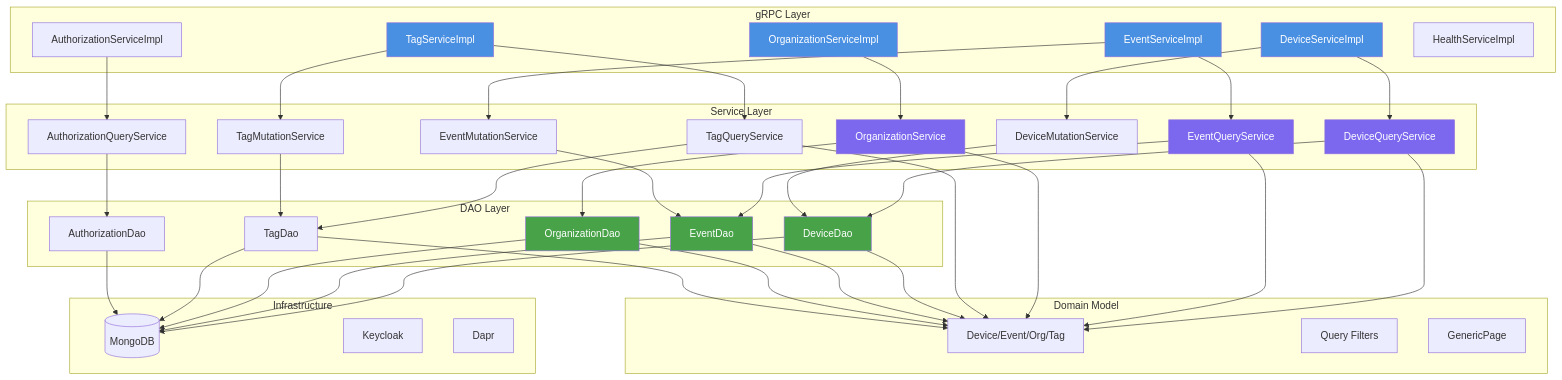
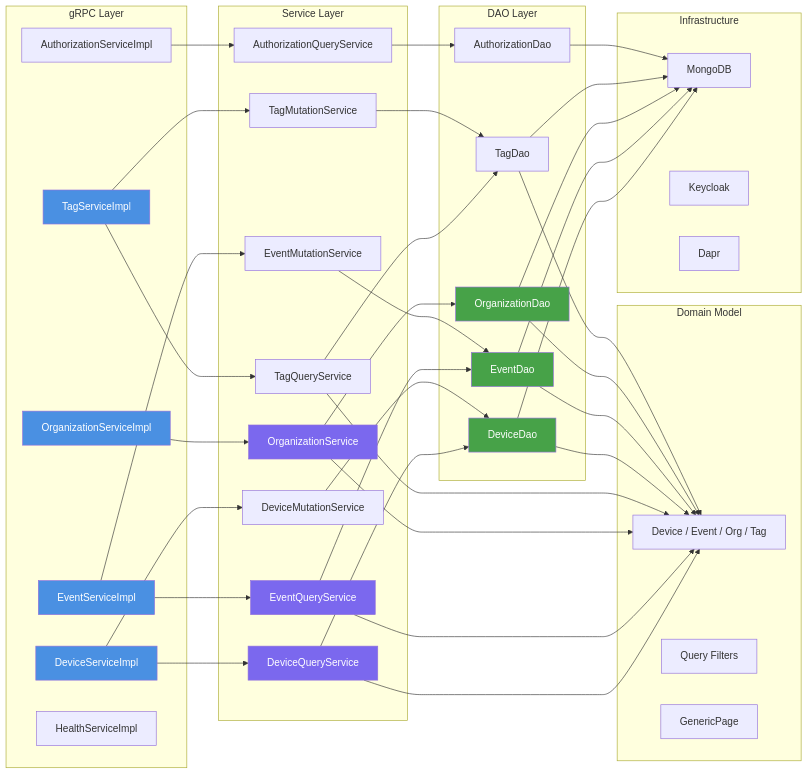
Before and after one commit to sbhrwl/microservices: the first of 5 diagrams in app/refine/Architecture.md, drawn with Mermaid. The commit also changed other lines of this file, not shown here.

````diff
--- a/app/refine/Architecture.md
+++ b/app/refine/Architecture.md
@@ -11,40 +11,45 @@
 ```mermaid
-flowchart TB
+flowchart LR
     subgraph "gRPC Layer"
-        DS[DeviceServiceImpl]
-        ES[EventServiceImpl]
-        OS[OrganizationServiceImpl]
-        TS[TagServiceImpl]
-        AS[AuthorizationServiceImpl]
-        HS[HealthServiceImpl]
+        DS["DeviceServiceImpl"]
+        ES["EventServiceImpl"]
+        OS["OrganizationServiceImpl"]
+        TS["TagServiceImpl"]
+        AS["AuthorizationServiceImpl"]
+        HS["HealthServiceImpl"]
     end
+
     subgraph "Service Layer"
-        DQS[DeviceQueryService]
-        DMS[DeviceMutationService]
-        EQS[EventQueryService]
-        EMS[EventMutationService]
-        OSV[OrganizationService]
-        TQS[TagQueryService]
-        TMS[TagMutationService]
-        AQS[AuthorizationQueryService]
+        DQS["DeviceQueryService"]
+        DMS["DeviceMutationService"]
+        EQS["EventQueryService"]
+        EMS["EventMutationService"]
+        OSV["OrganizationService"]
+        TQS["TagQueryService"]
+        TMS["TagMutationService"]
+        AQS["AuthorizationQueryService"]
     end
+
     subgraph "DAO Layer"
-        DD[DeviceDao]
-        ED[EventDao]
-        OD[OrganizationDao]
-        TD[TagDao]
-        AD[AuthorizationDao]
+        DD["DeviceDao"]
+        ED["EventDao"]
+        OD["OrganizationDao"]
+        TD["TagDao"]
+        AD["AuthorizationDao"]
     end
+
     subgraph "Domain Model"
-        DM[Device/Event/Org/Tag]
-        QF[Query Filters]
-        PG[GenericPage]
+        DM["Device / Event / Org / Tag"]
+        QF["Query Filters"]
+        PG["GenericPage"]
     end
+
     subgraph "Infrastructure"
-        MC[(MongoDB)]
-        KC[Keycloak]
-        DAPR[Dapr]
+        MC["MongoDB"]
+        KC["Keycloak"]
+        DAPR["Dapr"]
     end
+
     DS --> DQS
     DS --> DMS
     ES --> EQS
@@ -53,6 +58,7 @@
     TS --> TQS
     TS --> TMS
     AS --> AQS
+
     DQS --> DD
     DMS --> DD
     EQS --> ED
@@ -61,26 +67,32 @@
     TQS --> TD
     TMS --> TD
     AQS --> AD
+
     DD --> MC
     ED --> MC
     OD --> MC
     TD --> MC
     AD --> MC
+
     DQS --> DM
     EQS --> DM
     OSV --> DM
     TQS --> DM
+
     DD --> DM
     ED --> DM
     OD --> DM
     TD --> DM
+
     style DS fill:#4A90E2,color:#fff
     style ES fill:#4A90E2,color:#fff
     style OS fill:#4A90E2,color:#fff
     style TS fill:#4A90E2,color:#fff
+
     style DQS fill:#7B68EE,color:#fff
     style EQS fill:#7B68EE,color:#fff
     style OSV fill:#7B68EE,color:#fff
+
     style DD fill:#47A248,color:#fff
     style ED fill:#47A248,color:#fff
     style OD fill:#47A248,color:#fff
````
